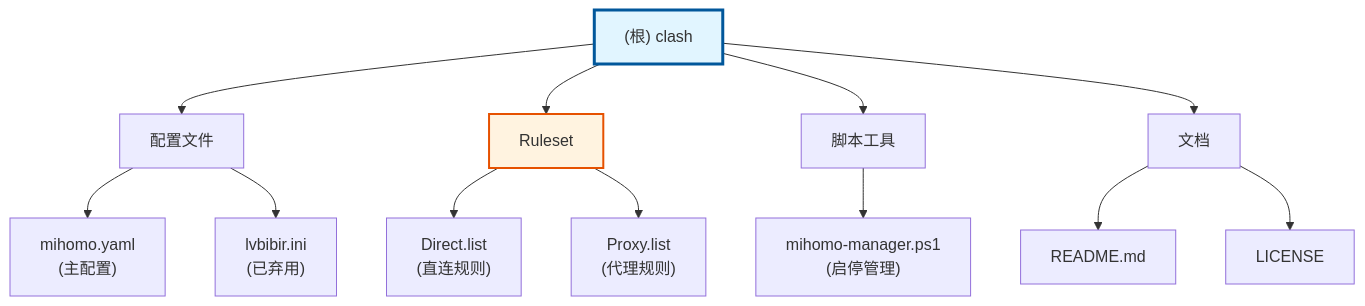
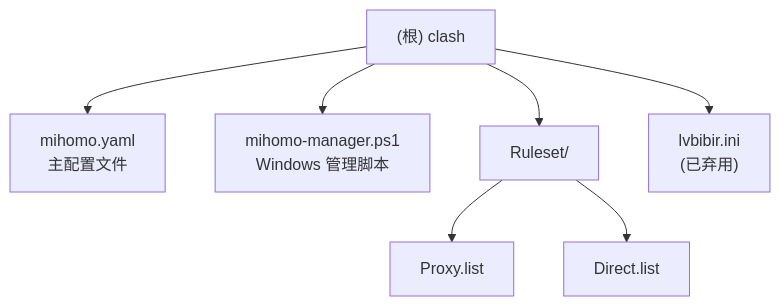
The diagram in CLAUDE.md (lvbibir/clash), drawn with Mermaid before and after one commit. The commit also changed other lines of this file and 2 other files, not shown here.

````diff
--- a/CLAUDE.md
+++ b/CLAUDE.md
@@ -112,23 +34,11 @@
 ```mermaid
 graph TD
-    A["(根) clash"] --> B["配置文件"];
-    A --> C["Ruleset"];
-    A --> D["脚本工具"];
-    A --> E["文档"];
-
-    B --> B1["mihomo.yaml<br/>(主配置)"];
-    B --> B2["lvbibir.ini<br/>(已弃用)"];
-
-    C --> C1["Direct.list<br/>(直连规则)"];
-    C --> C2["Proxy.list<br/>(代理规则)"];
-
-    D --> D1["mihomo-manager.ps1<br/>(启停管理)"];
-
-    E --> E1["README.md"];
-    E --> E2["LICENSE"];
+    A["(根) clash"] --> B["mihomo.yaml<br/>主配置文件"];
+    A --> G["mihomo-manager.ps1<br/>Windows 管理脚本"];
+    A --> C["Ruleset/"];
+    C --> D["Proxy.list"];
+    C --> E["Direct.list"];
+    A --> F["lvbibir.ini<br/>(已弃用)"];
 
     click C "./Ruleset/CLAUDE.md" "查看 Ruleset 模块文档"
-
-    style A fill:#e1f5ff,stroke:#01579b,stroke-width:3px
-    style C fill:#fff3e0,stroke:#e65100,stroke-width:2px
 ```
````
